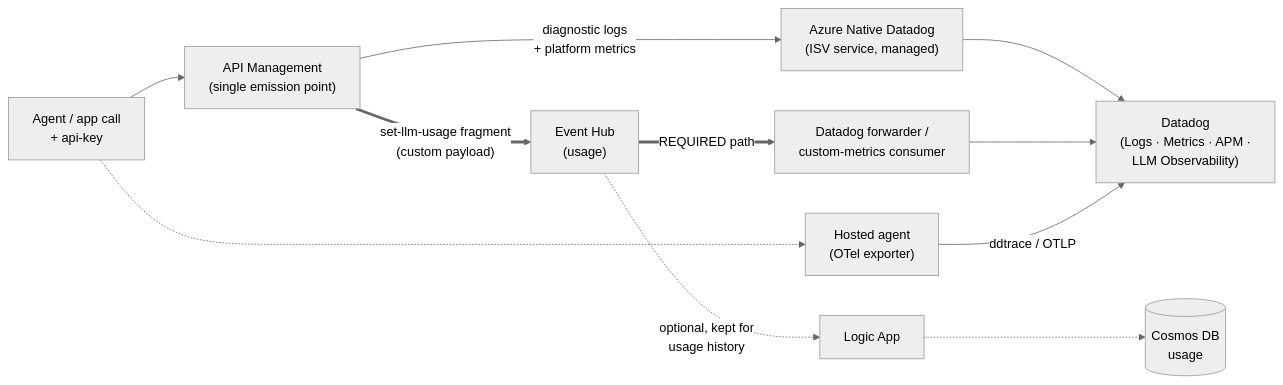
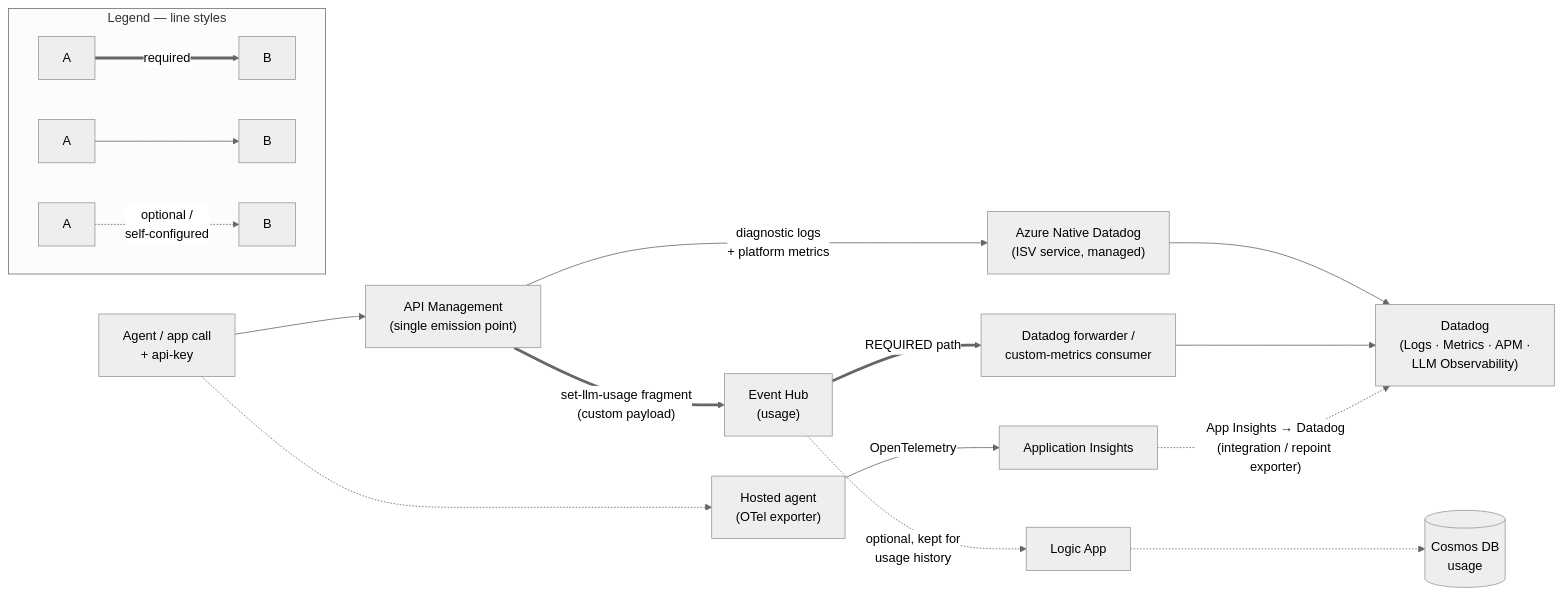
The fifth of 5 diagrams in labs/mcp-a2a-agents/docs/citadel-a2a-mcp-architecture.md (katkostro/apim-a2a-mcp), drawn with Mermaid (neutral theme) before and after one commit. The commit also changed other lines of this file and 270 other files, not shown here.

Commit message:
Keep only Citadel A2A/MCP architecture doc; remove all other files

````diff
--- a/labs/mcp-a2a-agents/docs/citadel-a2a-mcp-architecture.md
+++ b/labs/mcp-a2a-agents/docs/citadel-a2a-mcp-architecture.md
@@ -512,18 +498,27 @@
 ```mermaid
 flowchart LR
     X["Agent / app call<br/>+ api-key"] --> APIM["API Management<br/>(single emission point)"]
 
     %% Diagnostic plane -> Azure Native Datadog (managed)
     APIM -- "diagnostic logs<br/>+ platform metrics" --> AND["Azure Native Datadog<br/>(ISV service, managed)"]
     AND --> DD["Datadog<br/>(Logs · Metrics · APM ·<br/>LLM Observability)"]
 
     %% Usage plane -> Event Hub -> forwarder (REQUIRED)
     APIM == "set-llm-usage fragment<br/>(custom payload)" ==> EHu["Event Hub<br/>(usage)"]
     EHu == "REQUIRED path" ==> FWD["Datadog forwarder /<br/>custom-metrics consumer"]
     FWD --> DD
     EHu -. "optional, kept for<br/>usage history" .-> LG["Logic App"] -.-> CD[("Cosmos DB<br/>usage")]
 
-    %% Agent-span plane -> OTel
-    AG["Hosted agent<br/>(OTel exporter)"] -- "ddtrace / OTLP" --> DD
+    %% Agent-span plane -> OTel -> App Insights -> Datadog
+    AG["Hosted agent<br/>(OTel exporter)"] -- "OpenTelemetry" --> AI["Application Insights"]
+    AI -. "App Insights → Datadog<br/>(integration / repoint exporter)" .-> DD
     X -.-> AG
+
+    %% Legend: line styles
+    subgraph Legend["Legend — line styles"]
+        direction LR
+        R1["A"] == "required" ==> R2["B"]
+        S1["A"] --> S2["B"]
+        O1["A"] -. "optional /<br/>self-configured" .-> O2["B"]
+    end
 ```
````
